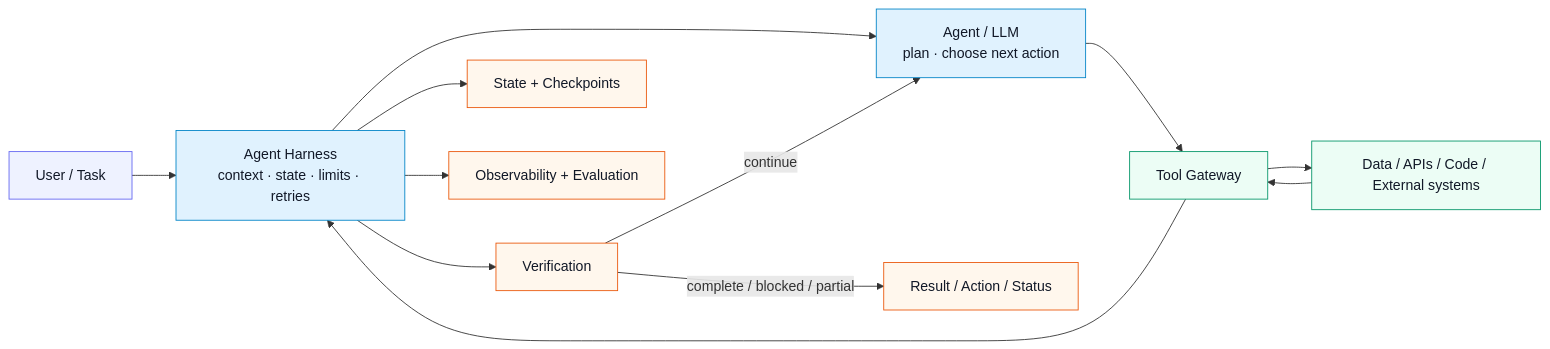
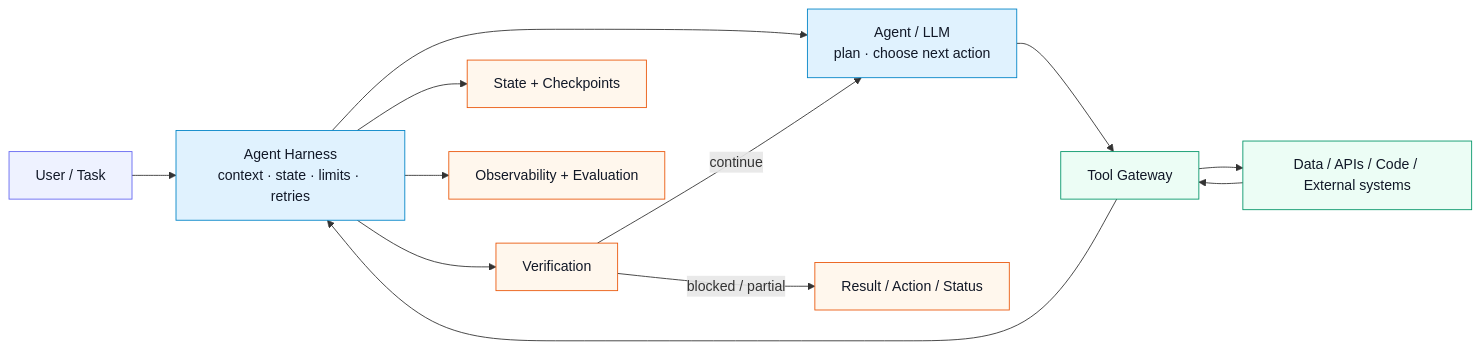
One commit to FinanceFlash/unvibecode changed the first of 12 diagrams in AI Engineering Cheatsheet/AI system design/AGENT_ENGINEERING_GUIDE.md. Above: the diagram before and after it, drawn with Mermaid.

```diff
--- a/AI Engineering Cheatsheet/AI system design/AGENT_ENGINEERING_GUIDE.md
+++ b/AI Engineering Cheatsheet/AI system design/AGENT_ENGINEERING_GUIDE.md
@@ -18,23 +18,23 @@
 ~~~mermaid
 flowchart LR
     U["User / Task"] --> H["Agent Harness<br/>context · state · limits · retries"]
     H --> A["Agent / LLM<br/>plan · choose next action"]
     A --> T["Tool Gateway"]
     T --> D["Data / APIs / Code / External systems"]
     D --> T
     T --> H
     H --> V["Verification"]
     V -->|continue| A
-    V -->|complete / blocked / partial| O["Result / Action / Status"]
+    V -->|blocked / partial| O["Result / Action / Status"]
     H --> S["State + Checkpoints"]
     H --> M["Observability + Evaluation"]
 
     classDef user fill:#eef2ff,stroke:#6366f1,color:#111827;
     classDef core fill:#e0f2fe,stroke:#0284c7,color:#111827;
     classDef action fill:#ecfdf5,stroke:#059669,color:#111827;
     classDef control fill:#fff7ed,stroke:#ea580c,color:#111827;
     class U user;
     class H,A core;
     class T,D action;
     class V,O,S,M control;
 ~~~
```
